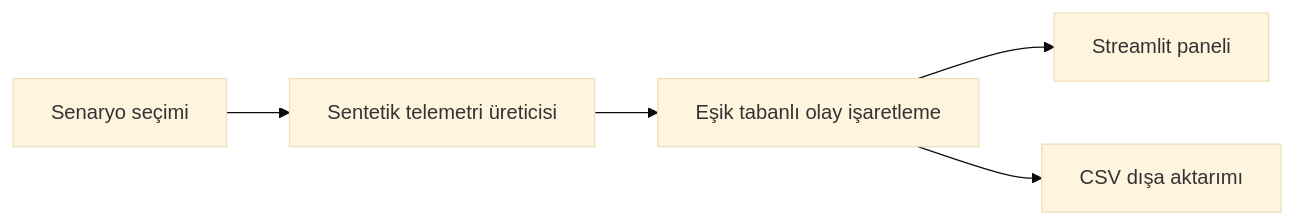
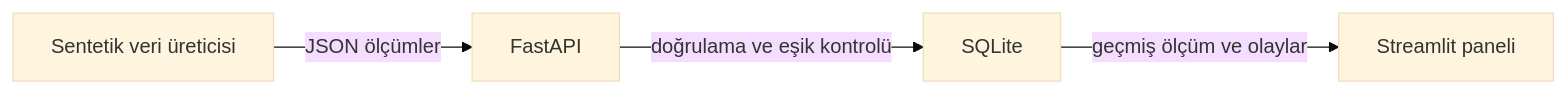
Before and after one commit to cagatay2892/platform-saglik-izleme: the diagram in README.md, drawn with Mermaid (base theme). The commit also changed other lines of this file and 6 other files, not shown here.

Commit message:
FastAPI ve SQLite entegrasyonu ekle

```diff
--- a/README.md
+++ b/README.md
@@ -33,7 +52,6 @@
 ~~~mermaid
 flowchart LR
-    A[Senaryo seçimi] --> B[Sentetik telemetri üreticisi]
-    B --> C[Eşik tabanlı olay işaretleme]
-    C --> D[Streamlit paneli]
-    C --> E[CSV dışa aktarımı]
+    A[Sentetik veri üreticisi] -->|JSON ölçümler| B[FastAPI]
+    B -->|doğrulama ve eşik kontrolü| C[SQLite]
+    C -->|geçmiş ölçüm ve olaylar| D[Streamlit paneli]
 ~~~
```
